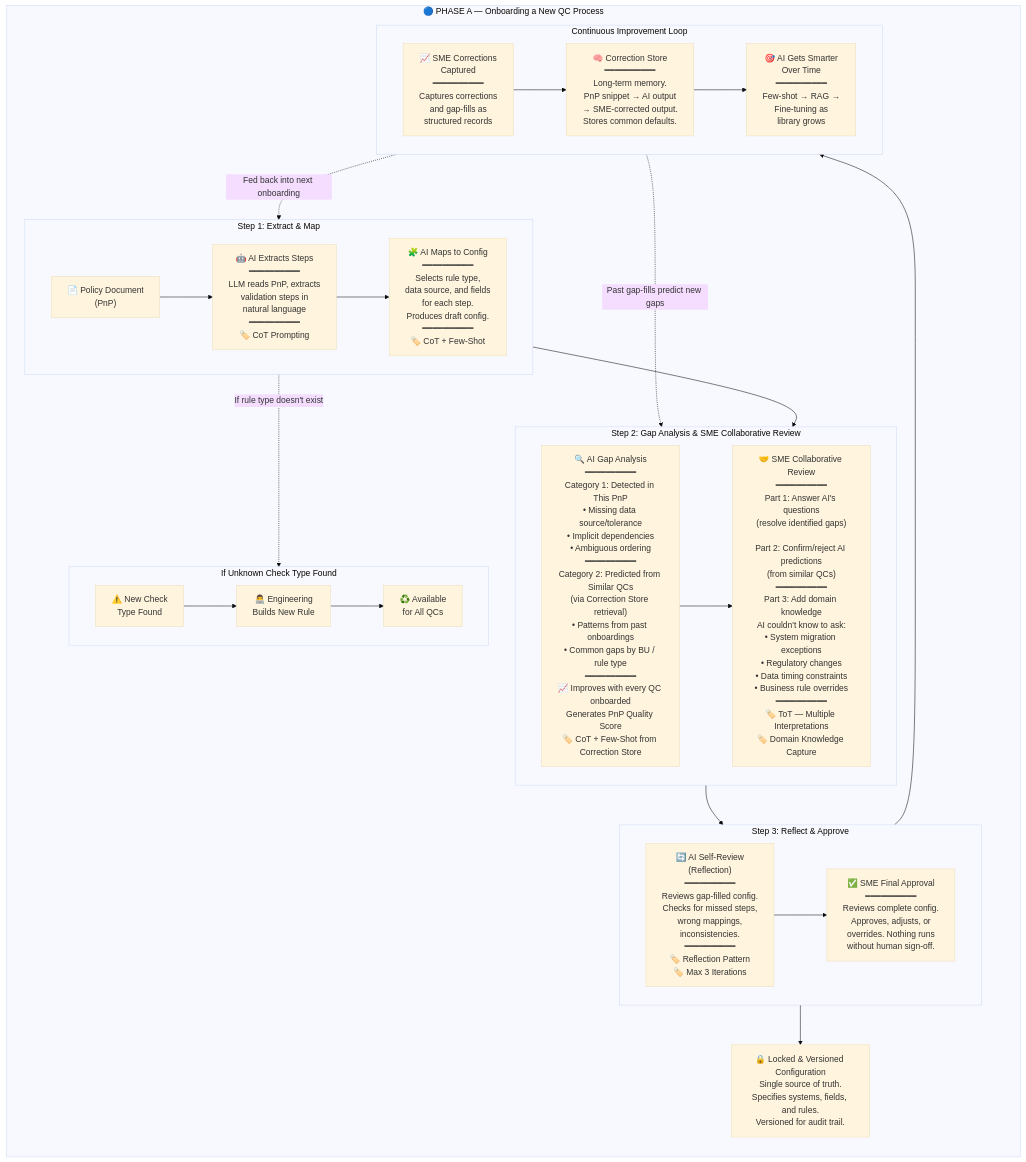
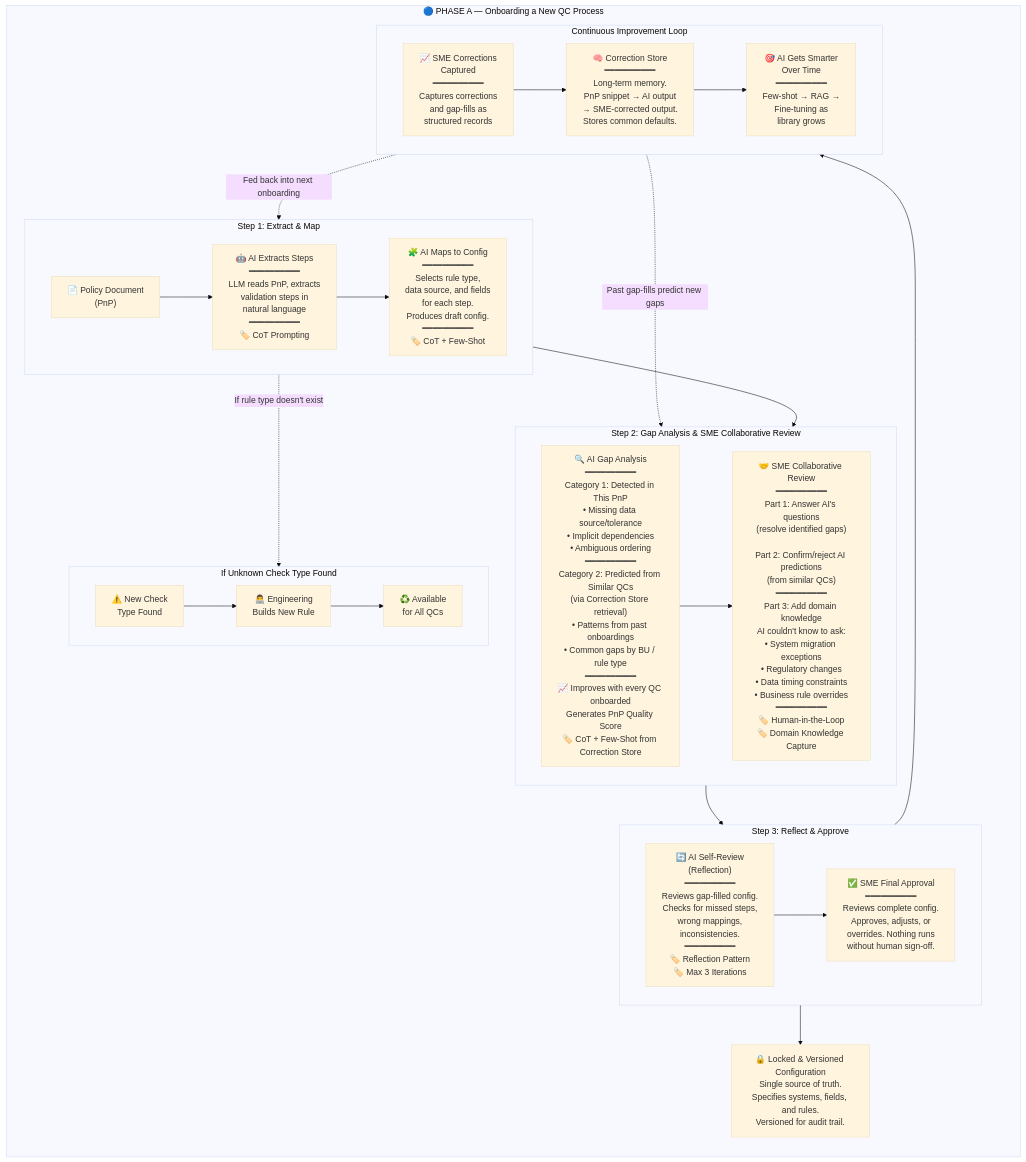
The third of 9 diagrams in architecture-flowchart.md (Praveen2795/Agentic-qc-automation), drawn with Mermaid (base theme) before and after one commit. The commit also changed 2 other files, not shown here.

Commit message:
Replace ToT badge with Human-in-the-Loop on SME Collaborative Review
- ToT was incorrectly applied to a human step — ambiguity detection belongs to Gap Analysis (CoT), self-consistency belongs to Reflection
- SME Collaborative Review now correctly badged as Human-in-the-Loop + Domain Knowledge Capture
- Updated reasoning techniques table: replaced ToT row with Human-in-the-Loop row
- Synced across HTML diagram, Mermaid flowchart, and README

````diff
--- a/architecture-flowchart.md
+++ b/architecture-flowchart.md
@@ -56,44 +56,44 @@
 ```mermaid
 flowchart TB
     subgraph PHASE_A["🔵 PHASE A — Onboarding a New QC Process"]
         direction TB
 
         subgraph ROW1["Step 1: Extract & Map"]
             direction LR
             A1["📄 Policy Document\n(PnP)"] --> A2["🤖 AI Extracts Steps\n━━━━━━━━━━\nLLM reads PnP, extracts\nvalidation steps in\nnatural language\n━━━━━━━━━━\n🏷️ CoT Prompting"]
             A2 --> A3["🧩 AI Maps to Config\n━━━━━━━━━━\nSelects rule type,\ndata source, and fields\nfor each step.\nProduces draft config.\n━━━━━━━━━━\n🏷️ CoT + Few-Shot"]
         end
 
         subgraph ROW2["Step 2: Gap Analysis & SME Collaborative Review"]
             direction LR
-            A4["🔍 AI Gap Analysis\n━━━━━━━━━━\nCategory 1: Detected in This PnP\n• Missing data source/tolerance\n• Implicit dependencies\n• Ambiguous ordering\n━━━━━━━━━━\nCategory 2: Predicted from Similar QCs\n(via Correction Store retrieval)\n• Patterns from past onboardings\n• Common gaps by BU / rule type\n━━━━━━━━━━\n📈 Improves with every QC onboarded\nGenerates PnP Quality Score\n🏷️ CoT + Few-Shot from Correction Store"] --> A5["🤝 SME Collaborative Review\n━━━━━━━━━━\nPart 1: Answer AI's questions\n(resolve identified gaps)\n\nPart 2: Confirm/reject AI predictions\n(from similar QCs)\n━━━━━━━━━━\nPart 3: Add domain knowledge\nAI couldn't know to ask:\n• System migration exceptions\n• Regulatory changes\n• Data timing constraints\n• Business rule overrides\n━━━━━━━━━━\n🏷️ ToT — Multiple Interpretations\n🏷️ Domain Knowledge Capture"]
+            A4["🔍 AI Gap Analysis\n━━━━━━━━━━\nCategory 1: Detected in This PnP\n• Missing data source/tolerance\n• Implicit dependencies\n• Ambiguous ordering\n━━━━━━━━━━\nCategory 2: Predicted from Similar QCs\n(via Correction Store retrieval)\n• Patterns from past onboardings\n• Common gaps by BU / rule type\n━━━━━━━━━━\n📈 Improves with every QC onboarded\nGenerates PnP Quality Score\n🏷️ CoT + Few-Shot from Correction Store"] --> A5["🤝 SME Collaborative Review\n━━━━━━━━━━\nPart 1: Answer AI's questions\n(resolve identified gaps)\n\nPart 2: Confirm/reject AI predictions\n(from similar QCs)\n━━━━━━━━━━\nPart 3: Add domain knowledge\nAI couldn't know to ask:\n• System migration exceptions\n• Regulatory changes\n• Data timing constraints\n• Business rule overrides\n━━━━━━━━━━\n🏷️ Human-in-the-Loop\n🏷️ Domain Knowledge Capture"]
         end
 
         subgraph ROW3["Step 3: Reflect & Approve"]
             direction LR
             A6["🔄 AI Self-Review\n(Reflection)\n━━━━━━━━━━\nReviews gap-filled config.\nChecks for missed steps,\nwrong mappings,\ninconsistencies.\n━━━━━━━━━━\n🏷️ Reflection Pattern\n🏷️ Max 3 Iterations"] --> A7["✅ SME Final Approval\n━━━━━━━━━━\nReviews complete config.\nApproves, adjusts, or\noverrides. Nothing runs\nwithout human sign-off."]
         end
 
         ROW1 --> ROW2
         ROW2 --> ROW3
 
         A7 --> LOCK["🔒 Locked & Versioned Configuration\nSingle source of truth.\nSpecifies systems, fields, and rules.\nVersioned for audit trail."]
 
         subgraph IMPROVE["Continuous Improvement Loop"]
             direction LR
             C1["📈 SME Corrections\nCaptured\n━━━━━━━━━━\nCaptures corrections\nand gap-fills as\nstructured records"] --> C2["🧠 Correction Store\n━━━━━━━━━━\nLong-term memory.\nPnP snippet → AI output\n→ SME-corrected output.\nStores common defaults."]
             C2 --> C3["🎯 AI Gets Smarter\nOver Time\n━━━━━━━━━━\nFew-shot → RAG →\nFine-tuning as\nlibrary grows"]
         end
 
         A7 --> C1
         C3 -.->|"Fed back into next onboarding"| A2
         C3 -.->|"Past gap-fills predict new gaps"| A4
 
         subgraph NEWRULE["If Unknown Check Type Found"]
             direction LR
             N1["⚠️ New Check\nType Found"] --> N2["👨‍💻 Engineering\nBuilds New Rule"] --> N3["♻️ Available\nfor All QCs"]
         end
 
         A3 -.->|"If rule type doesn't exist"| N1
     end
 ```
````
